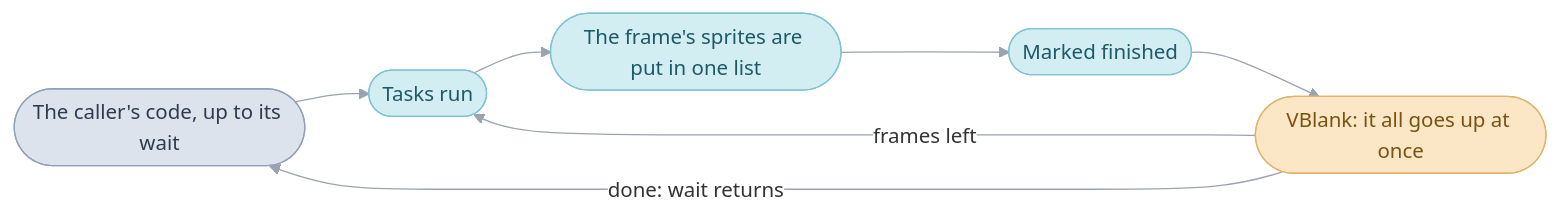
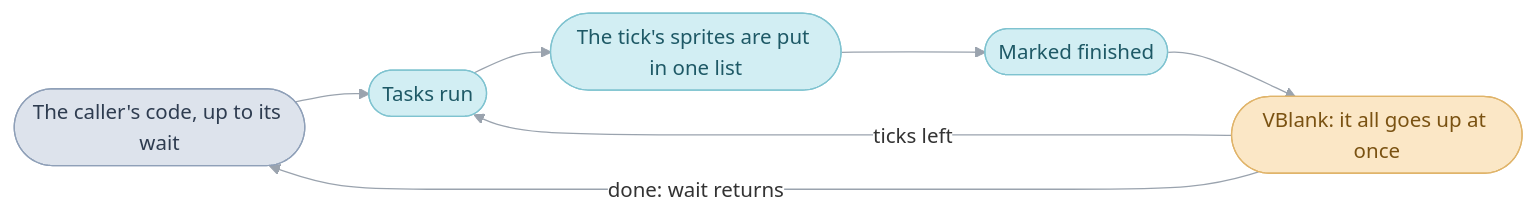
Before and after one commit to PascalPixel/alchemy: the diagram in games/tbs/src/system/README.md, drawn with Mermaid. The commit also changed other lines of this file and 2827 other files, not shown here.

First line of the commit message:
☀️⚓️ SGL names for tables and locals; a tick is a game step and a frame a screen drawing

````diff
--- a/games/tbs/src/system/README.md
+++ b/games/tbs/src/system/README.md
@@ -57,16 +57,16 @@
 ```mermaid
 %%{init: {"theme": "base", "themeVariables": {"lineColor": "#9AA3AE", "edgeLabelBackground": "#FFFFFF"}, "flowchart": {"curve": "basis", "padding": 12}}}%%
 flowchart LR
   code(["The caller's code, up to its wait"]) --> tasks(["Tasks run"])
-  tasks --> list(["The frame's sprites are put in one list"])
+  tasks --> list(["The tick's sprites are put in one list"])
   list --> done(["Marked finished"])
   done --> vblank(["VBlank: it all goes up at once"])
-  vblank -- "frames left" --> tasks
+  vblank -- "ticks left" --> tasks
   vblank -- "done: wait returns" --> code
   classDef code fill:#DDE3EC,stroke:#8FA0B8,color:#2E3C50
-  classDef frame fill:#D2EEF3,stroke:#7FC3D0,color:#1E5966
+  classDef tick fill:#D2EEF3,stroke:#7FC3D0,color:#1E5966
   classDef hardware fill:#FBE7C6,stroke:#E0B46A,color:#7A5212
   class code code
-  class tasks,list,done frame
+  class tasks,list,done tick
   class vblank hardware
 ```
````
